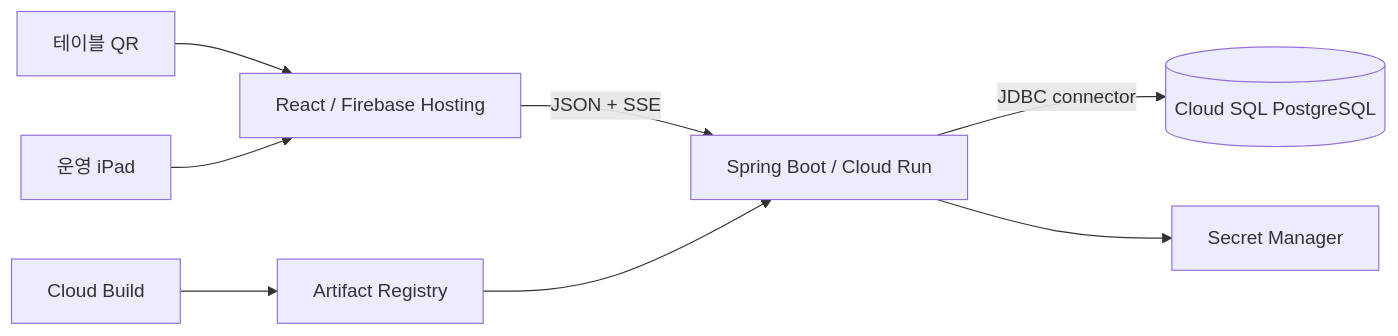
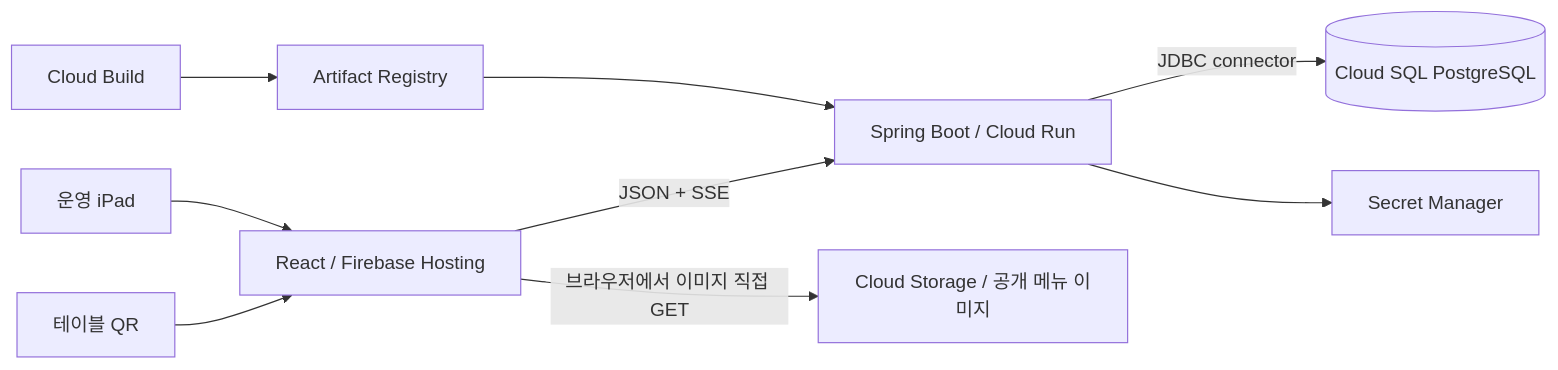
Before and after one commit to Sockbee/qr-order-design: the diagram in docs/qr-order/spring-gcp-migration.md, drawn with Mermaid. The commit also changed other lines of this file and 27 other files, not shown here.

````diff
--- a/docs/qr-order/spring-gcp-migration.md
+++ b/docs/qr-order/spring-gcp-migration.md
@@ -5,10 +5,11 @@
 ```mermaid
 flowchart LR
     QR[테이블 QR] --> HOSTING[React / Firebase Hosting]
     STAFF[운영 iPad] --> HOSTING
     HOSTING -->|JSON + SSE| RUN[Spring Boot / Cloud Run]
+    HOSTING -->|브라우저에서 이미지 직접 GET| IMAGES[Cloud Storage / 공개 메뉴 이미지]
     RUN -->|JDBC connector| SQL[(Cloud SQL PostgreSQL)]
     RUN --> SECRET[Secret Manager]
     BUILD[Cloud Build] --> AR[Artifact Registry]
     AR --> RUN
 ```
````
